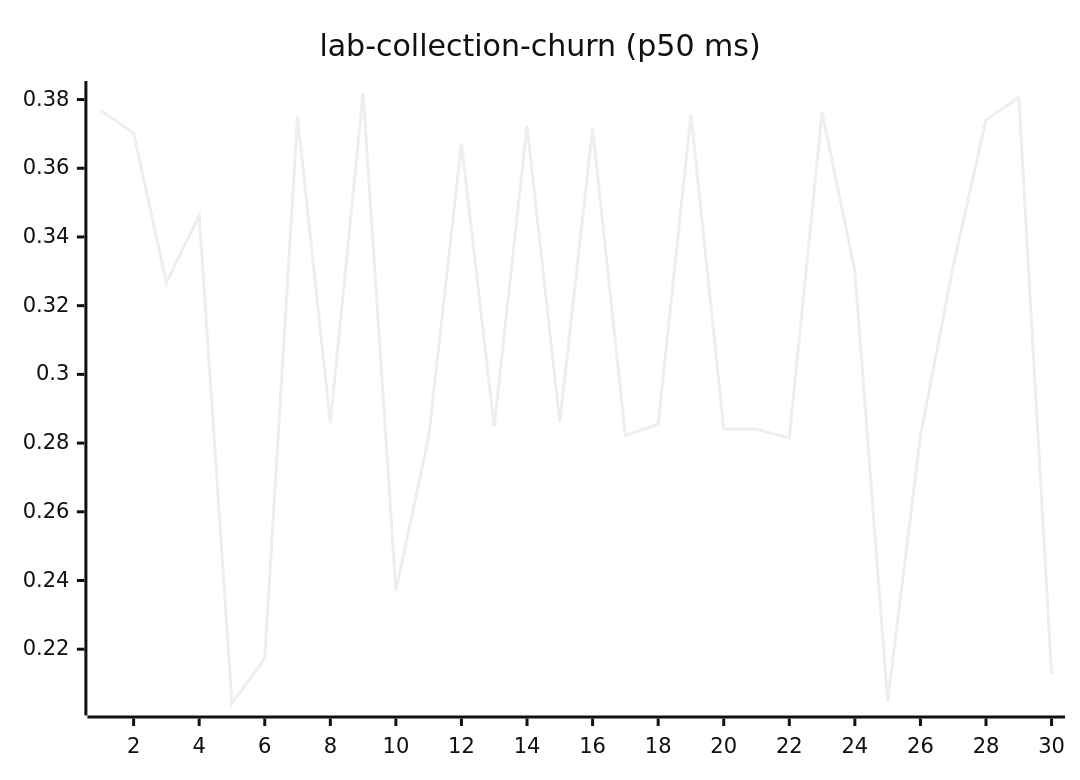
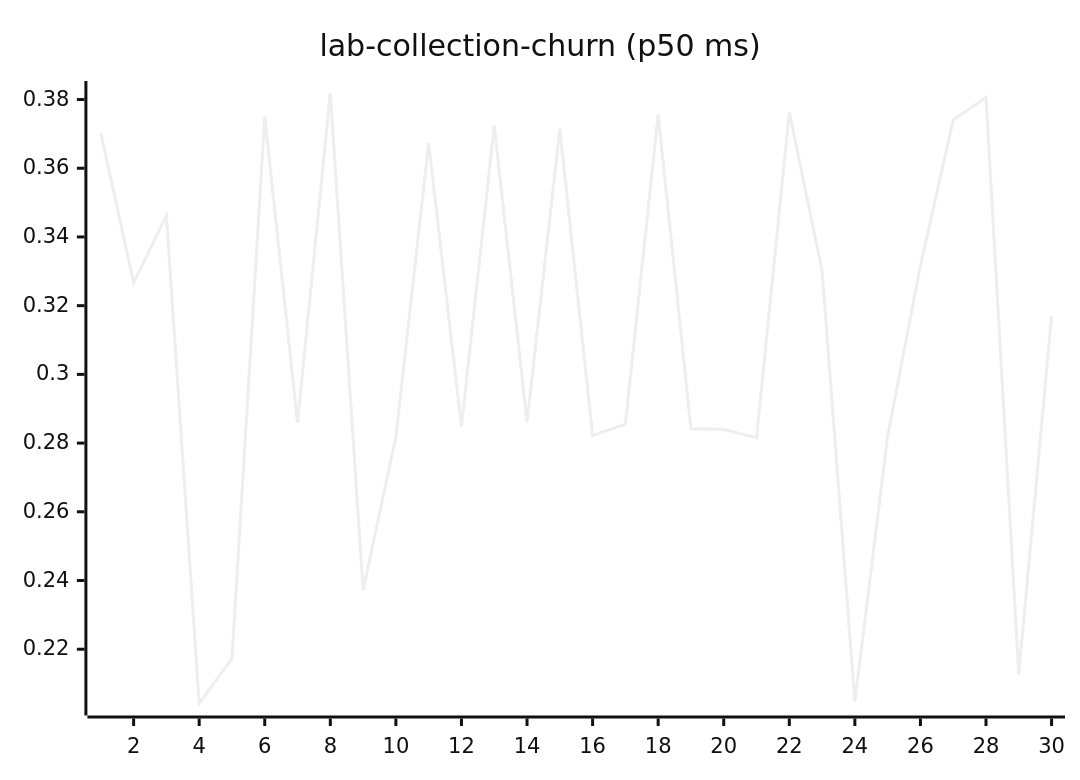
Diagram 11 of 27 in README.md (josha/Facet), drawn with Mermaid (neutral theme) before and after one commit. The commit also changed other lines of this file and 2 other files, not shown here.

````diff
--- a/README.md
+++ b/README.md
@@ -133,6 +133,6 @@
 ```mermaid
 xychart-beta
     title "lab-collection-churn (p50 ms)"
     x-axis 1 --> 30
-    line [0.3769, 0.3702, 0.3267, 0.3462, 0.2042, 0.2173, 0.3750, 0.2859, 0.3819, 0.2371, 0.2818, 0.3673, 0.2848, 0.3724, 0.2861, 0.3715, 0.2822, 0.2855, 0.3757, 0.2842, 0.2840, 0.2815, 0.3763, 0.3301, 0.2047, 0.2821, 0.3316, 0.3741, 0.3806, 0.2127]
+    line [0.3702, 0.3267, 0.3462, 0.2042, 0.2173, 0.3750, 0.2859, 0.3819, 0.2371, 0.2818, 0.3673, 0.2848, 0.3724, 0.2861, 0.3715, 0.2822, 0.2855, 0.3757, 0.2842, 0.2840, 0.2815, 0.3763, 0.3301, 0.2047, 0.2821, 0.3316, 0.3741, 0.3806, 0.2127, 0.3170]
 ```
````
